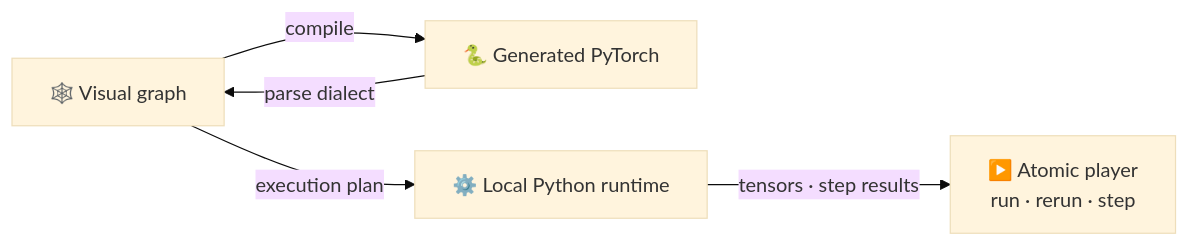
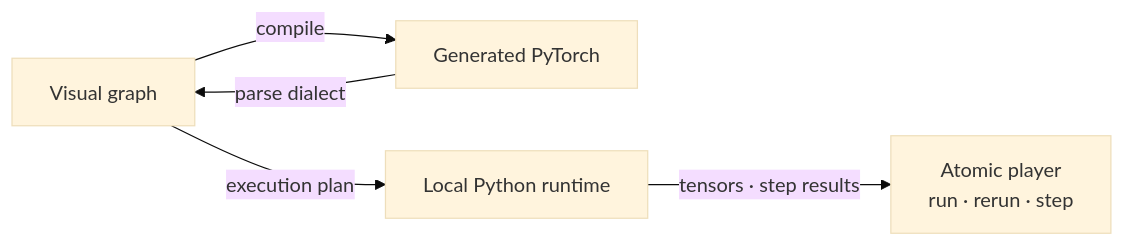
One commit to sanjayrohith/NeuroBranch changed the second of 3 diagrams in README.md. Above: the diagram before and after it, drawn with Mermaid (base theme). The commit also changed other lines of this file and 1 other file, not shown here.

````diff
--- a/README.md
+++ b/README.md
@@ -99,7 +101,7 @@
 ```mermaid
 flowchart LR
-  G["🕸️ Visual graph"] -->|compile| P["🐍 Generated PyTorch"]
+  G["Visual graph"] -->|compile| P["Generated PyTorch"]
   P -->|parse dialect| G
-  G -->|execution plan| R["⚙️ Local Python runtime"]
-  R -->|tensors · step results| Player["▶️ Atomic player<br/>run · rerun · step"]
+  G -->|execution plan| R["Local Python runtime"]
+  R -->|tensors · step results| Player["Atomic player<br/>run · rerun · step"]
 ```
````
